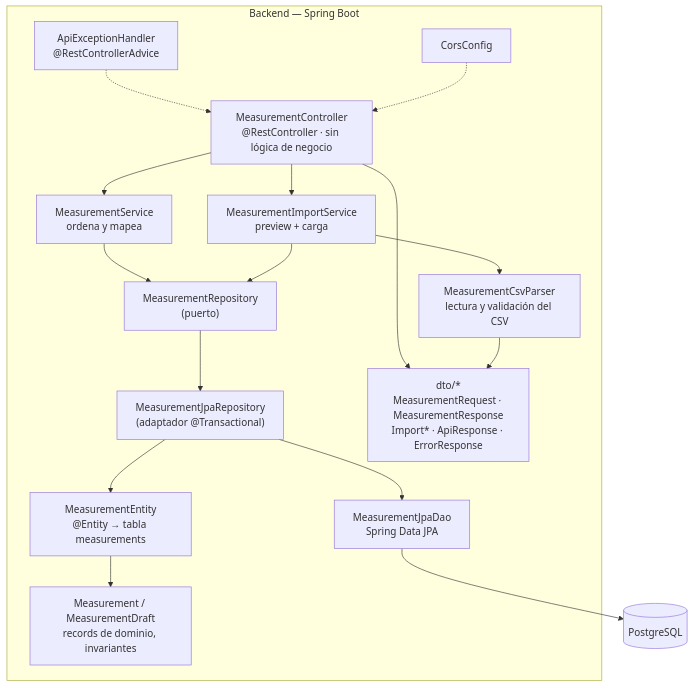
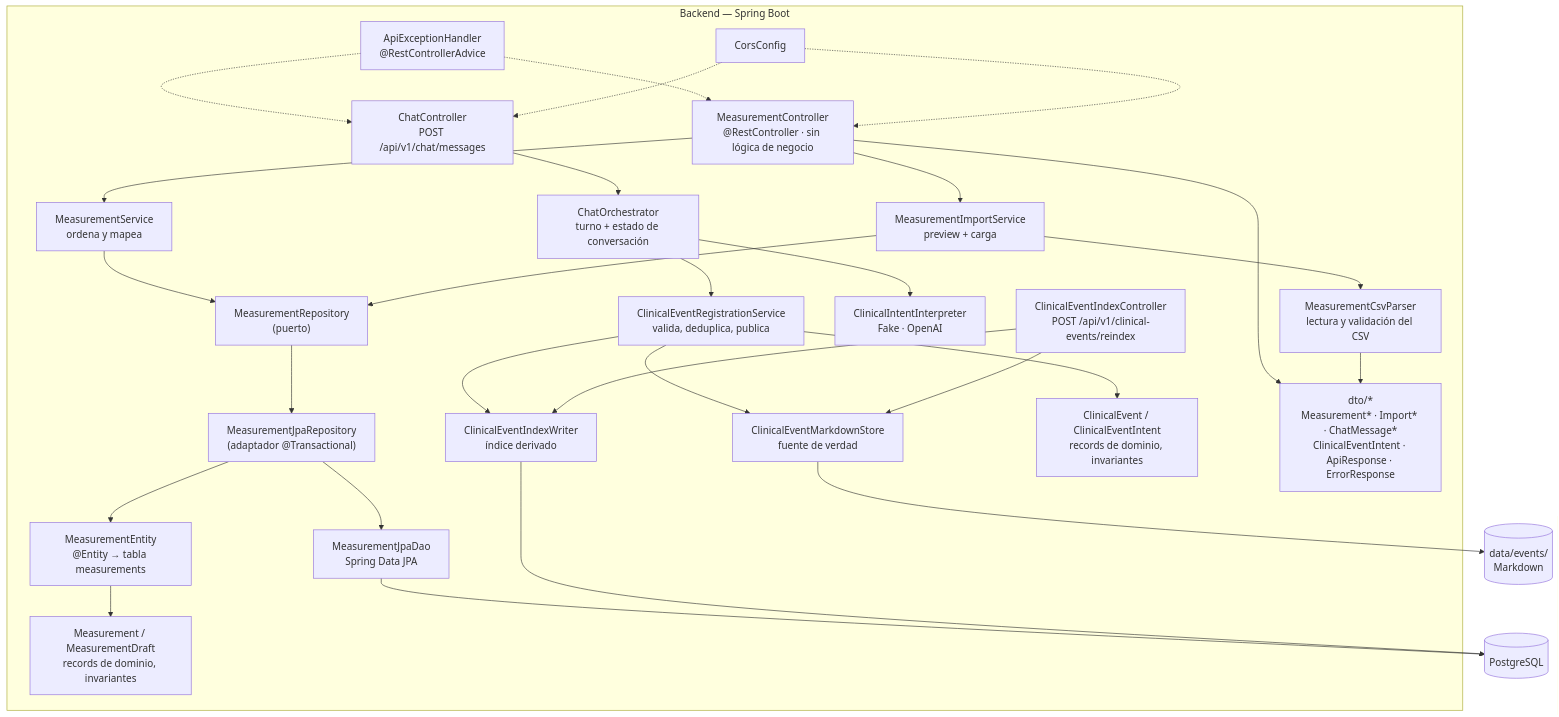
The third of 4 diagrams in docs/architecture.md (devmauriciopineda/careme), drawn with Mermaid before and after one commit. The commit also changed other lines of this file and 6 other files, not shown here.

````diff
--- a/docs/architecture.md
+++ b/docs/architecture.md
@@ -134,32 +152,53 @@
 ```mermaid
 flowchart TB
     subgraph backend["Backend — Spring Boot"]
         ctrl["MeasurementController<br/>@RestController · sin lógica de negocio"]
         svc["MeasurementService<br/>ordena y mapea"]
         imp["MeasurementImportService<br/>preview + carga"]
         parser["MeasurementCsvParser<br/>lectura y validación del CSV"]
         port["MeasurementRepository<br/>(puerto)"]
         adapter["MeasurementJpaRepository<br/>(adaptador @Transactional)"]
         dao["MeasurementJpaDao<br/>Spring Data JPA"]
         entity["MeasurementEntity<br/>@Entity → tabla measurements"]
         domain["Measurement / MeasurementDraft<br/>records de dominio, invariantes"]
-        dtos["dto/*<br/>MeasurementRequest · MeasurementResponse<br/>Import* · ApiResponse · ErrorResponse"]
+        chatCtrl["ChatController<br/>POST /api/v1/chat/messages"]
+        orchestrator["ChatOrchestrator<br/>turno + estado de conversación"]
+        interpreter["ClinicalIntentInterpreter<br/>Fake · OpenAI"]
+        regSvc["ClinicalEventRegistrationService<br/>valida, deduplica, publica"]
+        mdStore["ClinicalEventMarkdownStore<br/>fuente de verdad"]
+        idxWriter["ClinicalEventIndexWriter<br/>índice derivado"]
+        evtCtrl["ClinicalEventIndexController<br/>POST /api/v1/clinical-events/reindex"]
+        evtDomain["ClinicalEvent / ClinicalEventIntent<br/>records de dominio, invariantes"]
+        dtos["dto/*<br/>Measurement* · Import* · ChatMessage*<br/>ClinicalEventIntent · ApiResponse · ErrorResponse"]
         exc["ApiExceptionHandler<br/>@RestControllerAdvice"]
         cors["CorsConfig"]
     end
     pg[("PostgreSQL")]
+    fs[("data/events/<br/>Markdown")]
     ctrl --> svc
     ctrl --> imp
     ctrl --> dtos
     imp --> parser
     svc --> port
     imp --> port
     parser --> dtos
     port --> adapter
     adapter --> dao
     adapter --> entity
     entity --> domain
     dao --> pg
+    chatCtrl --> orchestrator
+    orchestrator --> interpreter
+    orchestrator --> regSvc
+    regSvc --> evtDomain
+    regSvc --> mdStore
+    regSvc --> idxWriter
+    evtCtrl --> mdStore
+    evtCtrl --> idxWriter
+    mdStore --> fs
+    idxWriter --> pg
     exc -.-> ctrl
+    exc -.-> chatCtrl
     cors -.-> ctrl
+    cors -.-> chatCtrl
 ```
````
